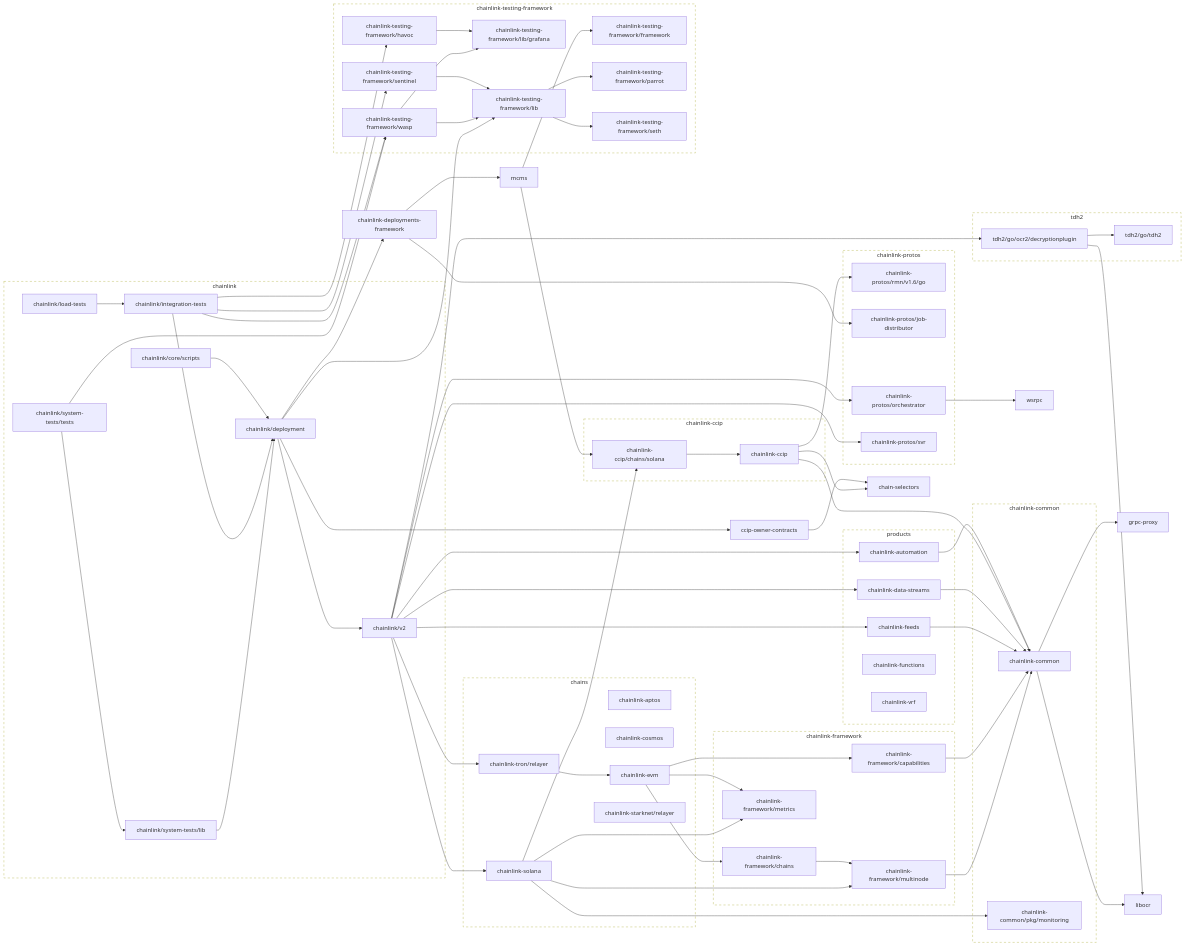
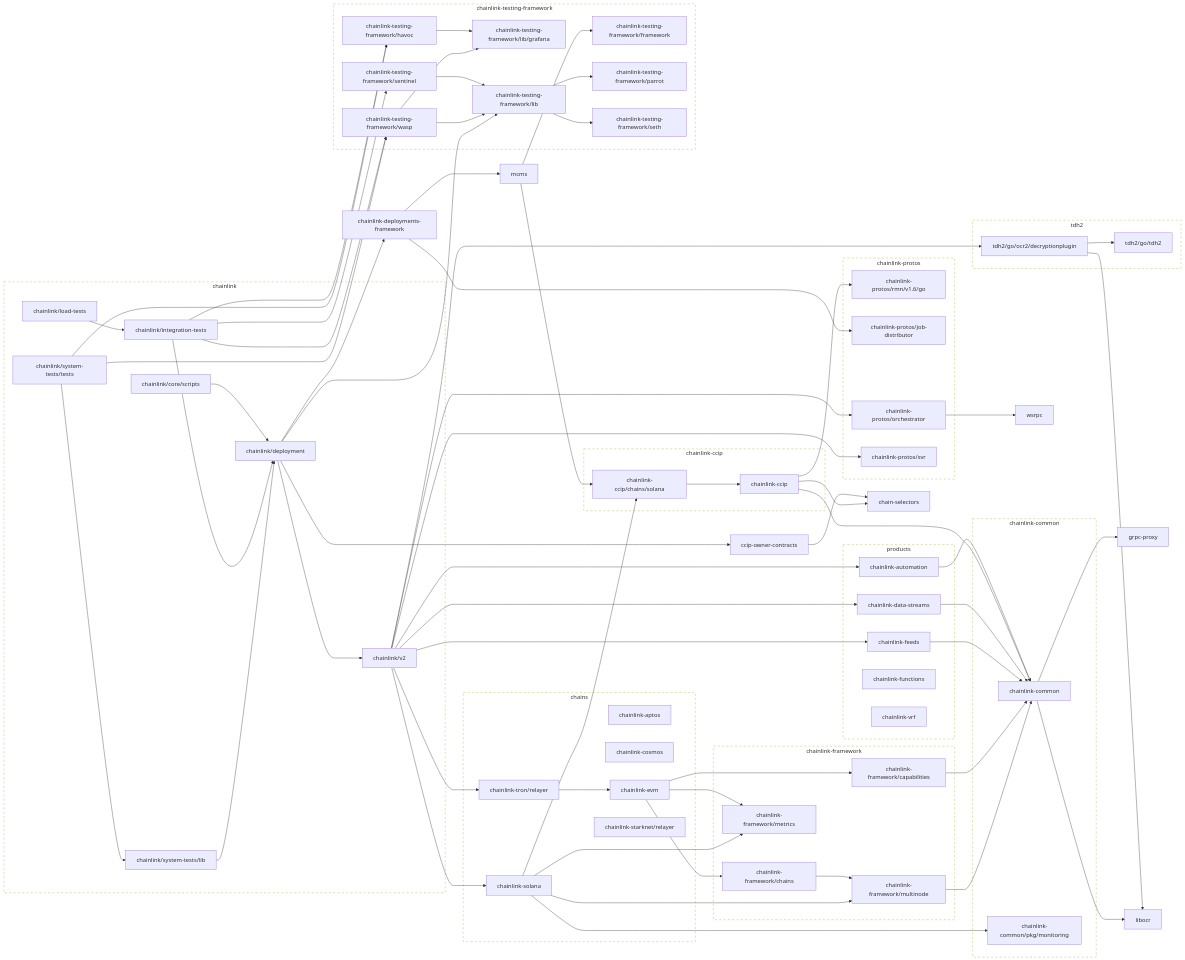
One commit to smartcontractkit/chainlink changed the second of 2 diagrams in go.md. Above: the diagram before and after it, drawn with Mermaid.

Commit message:
rebase, update go.mod

```diff
--- a/go.md
+++ b/go.md
@@ -231,6 +231,7 @@
 	click chainlink/load-tests href "https://github.com/smartcontractkit/chainlink"
 	chainlink/system-tests/lib --> chainlink/deployment
 	click chainlink/system-tests/lib href "https://github.com/smartcontractkit/chainlink"
+	chainlink/system-tests/tests --> chainlink-testing-framework/havoc
 	chainlink/system-tests/tests --> chainlink-testing-framework/wasp
 	chainlink/system-tests/tests --> chainlink/system-tests/lib
 	click chainlink/system-tests/tests href "https://github.com/smartcontractkit/chainlink"
```
